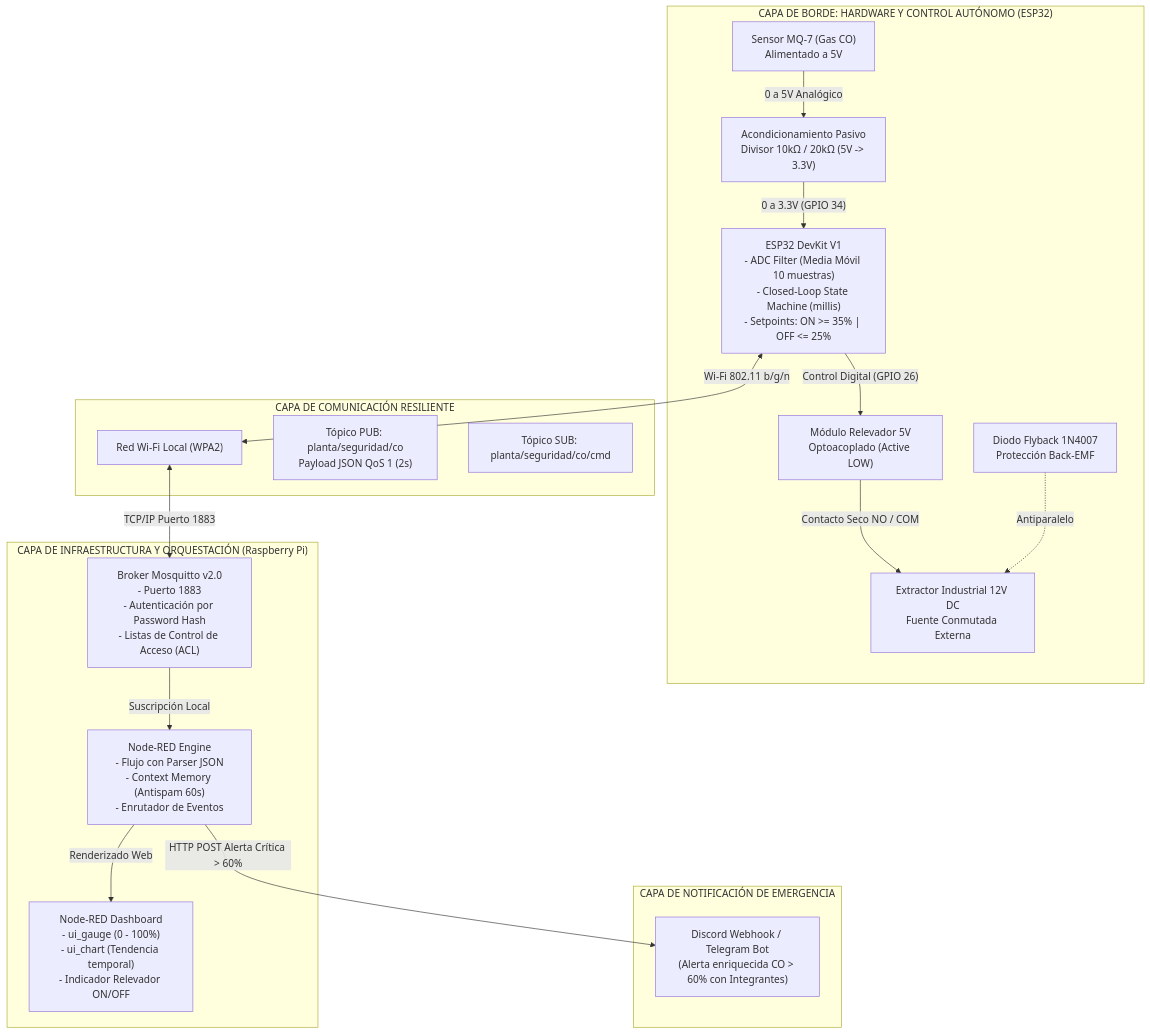
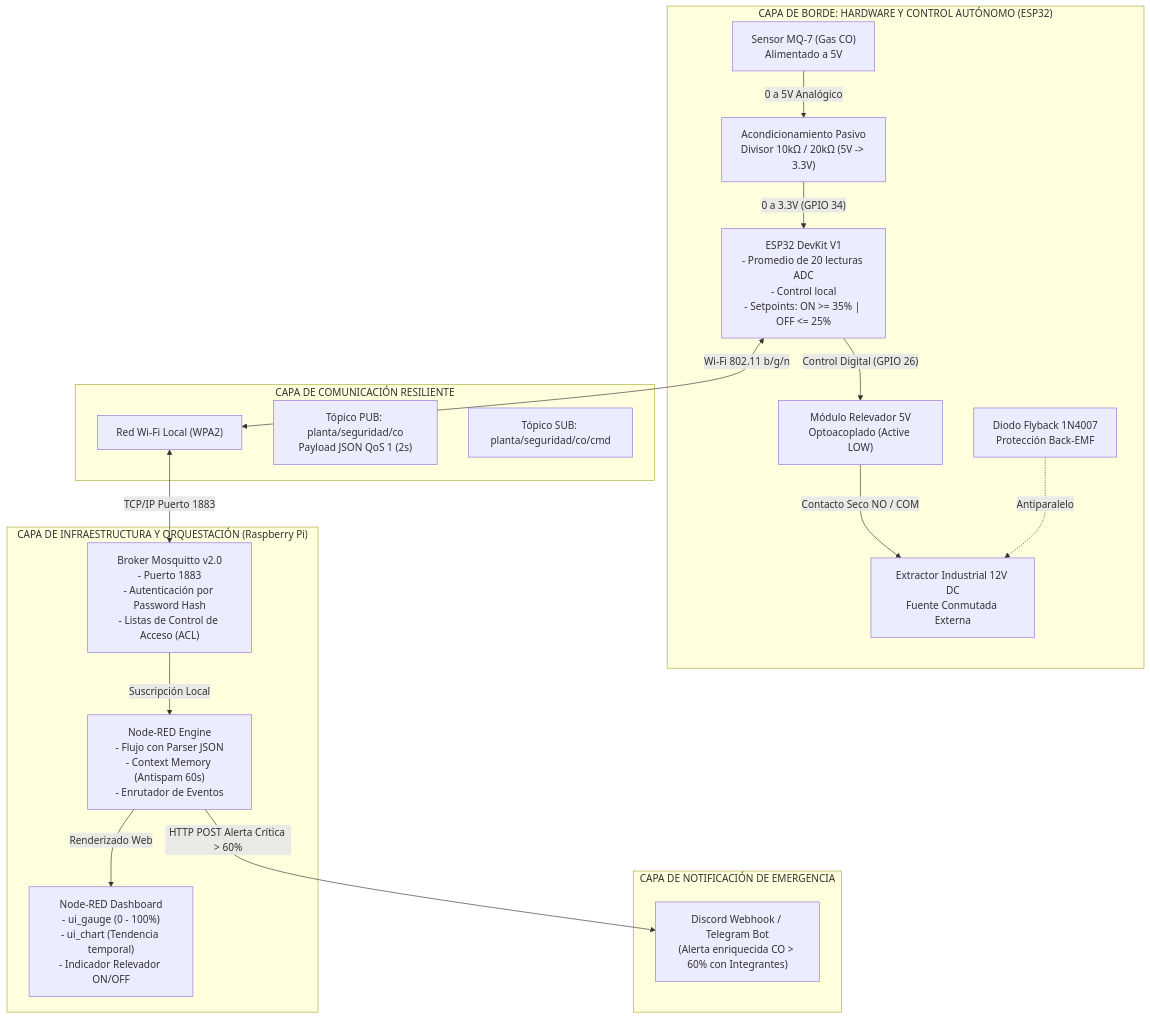
The diagram in README.md (KeVINj29/proyecto-integrador-iot-mq7), drawn with Mermaid before and after one commit. The commit also changed other lines of this file and 6 other files, not shown here.

````diff
--- a/README.md
+++ b/README.md
@@ -56,40 +57,40 @@
 ```mermaid
 graph TD
     subgraph EDGE_LAYER ["CAPA DE BORDE: HARDWARE Y CONTROL AUTÓNOMO (ESP32)"]
         MQ7["Sensor MQ-7 (Gas CO)<br/>Alimentado a 5V"]
         DIVISOR["Acondicionamiento Pasivo<br/>Divisor 10kΩ / 20kΩ (5V -> 3.3V)"]
-        ESP32["ESP32 DevKit V1<br/>- ADC Filter (Media Móvil 10 muestras)<br/>- Closed-Loop State Machine (millis)<br/>- Setpoints: ON >= 35% | OFF <= 25%"]
+        ESP32["ESP32 DevKit V1<br/>- Promedio de 20 lecturas ADC<br/>- Control local<br/>- Setpoints: ON >= 35% | OFF <= 25%"]
         RELE["Módulo Relevador 5V<br/>Optoacoplado (Active LOW)"]
         FLYBACK["Diodo Flyback 1N4007<br/>Protección Back-EMF"]
         VENTILADOR["Extractor Industrial 12V DC<br/>Fuente Conmutada Externa"]
     end
 
     subgraph NETWORK_LAYER ["CAPA DE COMUNICACIÓN RESILIENTE"]
         WIFI["Red Wi-Fi Local (WPA2)"]
         MQTT_TOPIC_PUB["Tópico PUB: planta/seguridad/co<br/>Payload JSON QoS 1 (2s)"]
         MQTT_TOPIC_CMD["Tópico SUB: planta/seguridad/co/cmd"]
     end
 
     subgraph SERVER_LAYER ["CAPA DE INFRAESTRUCTURA Y ORQUESTACIÓN (Raspberry Pi)"]
         MOSQUITTO["Broker Mosquitto v2.0<br/>- Puerto 1883<br/>- Autenticación por Password Hash<br/>- Listas de Control de Acceso (ACL)"]
         NODERED["Node-RED Engine<br/>- Flujo con Parser JSON<br/>- Context Memory (Antispam 60s)<br/>- Enrutador de Eventos"]
         DASHBOARD["Node-RED Dashboard<br/>- ui_gauge (0 - 100%)<br/>- ui_chart (Tendencia temporal)<br/>- Indicador Relevador ON/OFF"]
     end
 
     subgraph CLOUD_ALERT_LAYER ["CAPA DE NOTIFICACIÓN DE EMERGENCIA"]
         DISCORD["Discord Webhook / Telegram Bot<br/>(Alerta enriquecida CO > 60% con Integrantes)"]
     end
 
     %% Relaciones
     MQ7 -->|"0 a 5V Analógico"| DIVISOR
     DIVISOR -->|"0 a 3.3V (GPIO 34)"| ESP32
     ESP32 -->|"Control Digital (GPIO 26)"| RELE
     RELE -->|"Contacto Seco NO / COM"| VENTILADOR
     FLYBACK -.->|"Antiparalelo"| VENTILADOR
 
     ESP32 <-->|"Wi-Fi 802.11 b/g/n"| WIFI
     WIFI <-->|"TCP/IP Puerto 1883"| MOSQUITTO
     MOSQUITTO -->|"Suscripción Local"| NODERED
     NODERED -->|"Renderizado Web"| DASHBOARD
     NODERED -->|"HTTP POST Alerta Crítica > 60%"| DISCORD
 ```
````
